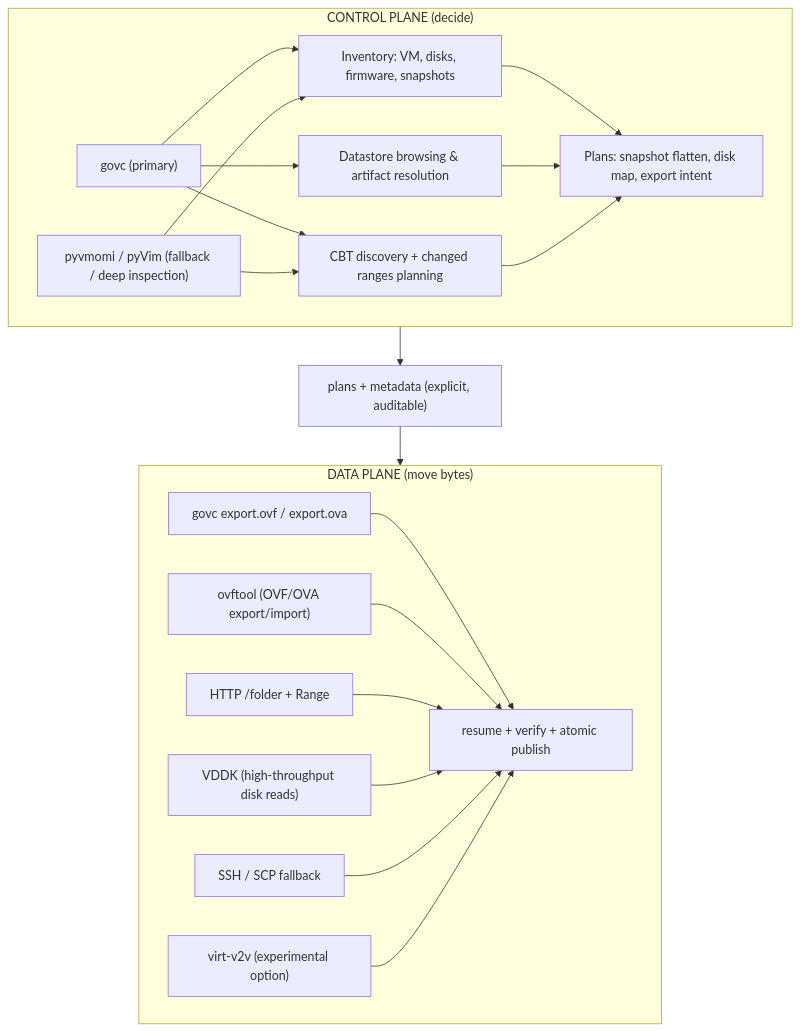
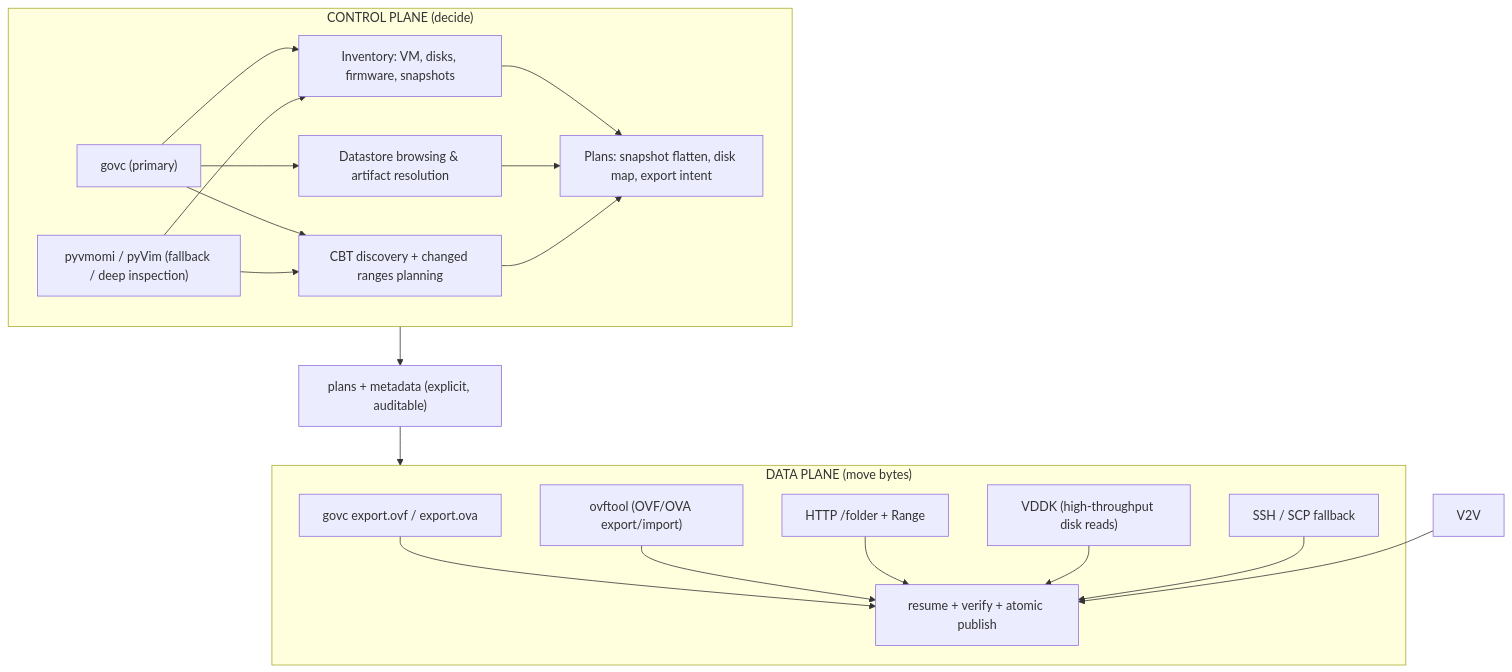
One commit to ssahani/hyper2kvm changed the second of 2 diagrams in README.md. Above: the diagram before and after it, drawn with Mermaid. The commit also changed other lines of this file and 3 other files, not shown here.

````diff
--- a/README.md
+++ b/README.md
@@ -708,40 +707,39 @@
 ```mermaid
 flowchart TB
   subgraph CP["CONTROL PLANE (decide)"]
     GOVC["govc (primary)"]
     PYVM["pyvmomi / pyVim (fallback / deep inspection)"]
     INV["Inventory: VM, disks, firmware, snapshots"]
     PLAN["Plans: snapshot flatten, disk map, export intent"]
     DS["Datastore browsing & artifact resolution"]
     CBT["CBT discovery + changed ranges planning"]
 
     GOVC --> INV
     GOVC --> DS
     GOVC --> CBT
     PYVM --> INV
     PYVM --> CBT
     INV --> PLAN
     DS --> PLAN
     CBT --> PLAN
   end
 
   META["plans + metadata (explicit, auditable)"]
 
   subgraph DP["DATA PLANE (move bytes)"]
     GOVCEXP["govc export.ovf / export.ova"]
     OVFTOOL["ovftool (OVF/OVA export/import)"]
     HTTP["HTTP /folder + Range"]
     VDDK["VDDK (high-throughput disk reads)"]
     SSH["SSH / SCP fallback"]
-    V2V["virt-v2v (experimental option)"]
     RESUME["resume + verify + atomic publish"]
   end
 
   CP --> META --> DP
   GOVCEXP --> RESUME
   OVFTOOL --> RESUME
   HTTP --> RESUME
   VDDK --> RESUME
   SSH --> RESUME
   V2V --> RESUME
 ```
````
